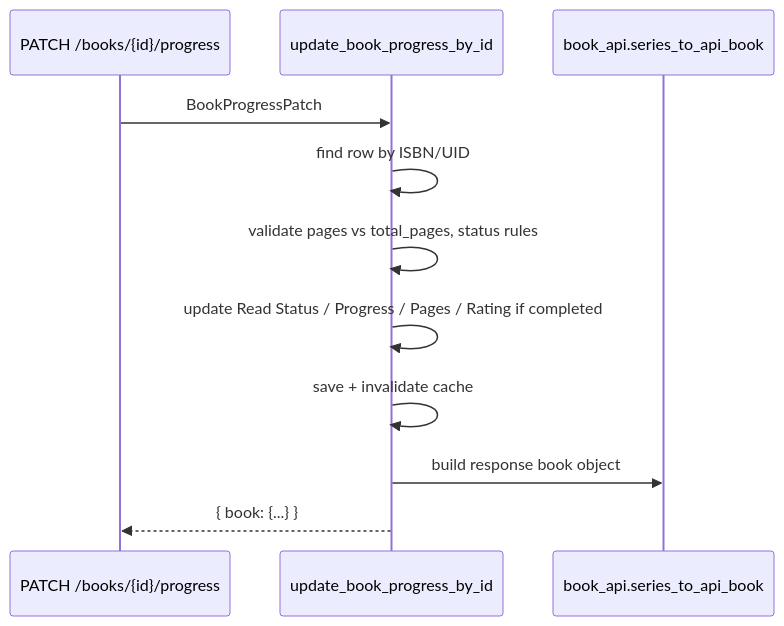
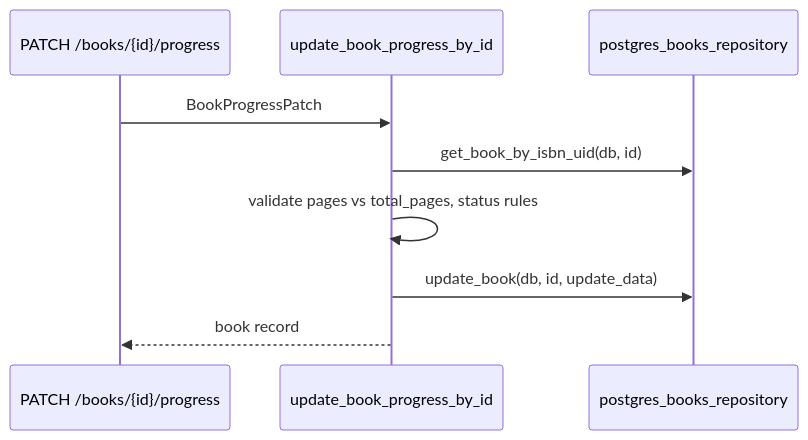
One commit to tranguyeenn/shelftxt changed the second of 4 diagrams in docs/engineering/backend.md. Above: the diagram before and after it, drawn with Mermaid. The commit also changed other lines of this file and 16 other files, not shown here.

````diff
--- a/docs/engineering/backend.md
+++ b/docs/engineering/backend.md
@@ -102,14 +105,12 @@
 ```mermaid
 sequenceDiagram
   participant R as PATCH /books/{id}/progress
   participant S as update_book_progress_by_id
-  participant API as book_api.series_to_api_book
+  participant Repo as postgres_books_repository
 
   R->>S: BookProgressPatch
-  S->>S: find row by ISBN/UID
+  S->>Repo: get_book_by_isbn_uid(db, id)
   S->>S: validate pages vs total_pages, status rules
-  S->>S: update Read Status / Progress / Pages / Rating if completed
-  S->>S: save + invalidate cache
-  S->>API: build response book object
-  S-->>R: { book: {...} }
+  S->>Repo: update_book(db, id, update_data)
+  S-->>R: book record
 ```
````
